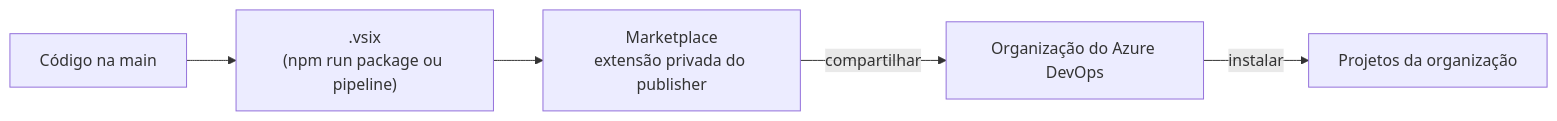
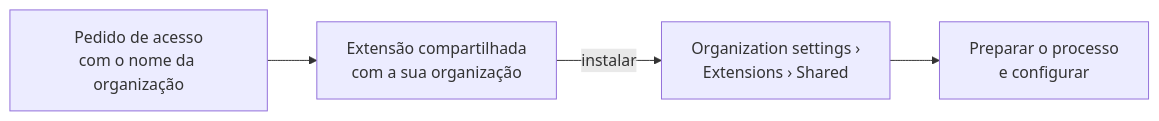
Before and after one commit to GHMeyer0/azure-devops-tictask: the diagram in docs/wiki/Instalar.md, drawn with Mermaid. The commit also changed other lines of this file and 5 other files, not shown here.

First line of the commit message:
Pipeline sem esperar a validação do Marketplace e instalação pelo pedido de acesso

````diff
--- a/docs/wiki/Instalar.md
+++ b/docs/wiki/Instalar.md
@@ -6,7 +7,6 @@
 ```mermaid
 flowchart LR
-    A[Código na main] --> B[".vsix<br/>(npm run package ou pipeline)"]
-    B --> C[Marketplace<br/>extensão privada do publisher]
-    C -- compartilhar --> D[Organização do Azure DevOps]
-    D -- instalar --> E[Projetos da organização]
+    A[Pedido de acesso<br/>com o nome da organização] --> B[Extensão compartilhada<br/>com a sua organização]
+    B -- instalar --> C[Organization settings ›<br/>Extensions › Shared]
+    C --> D[Preparar o processo<br/>e configurar]
 ```
````
